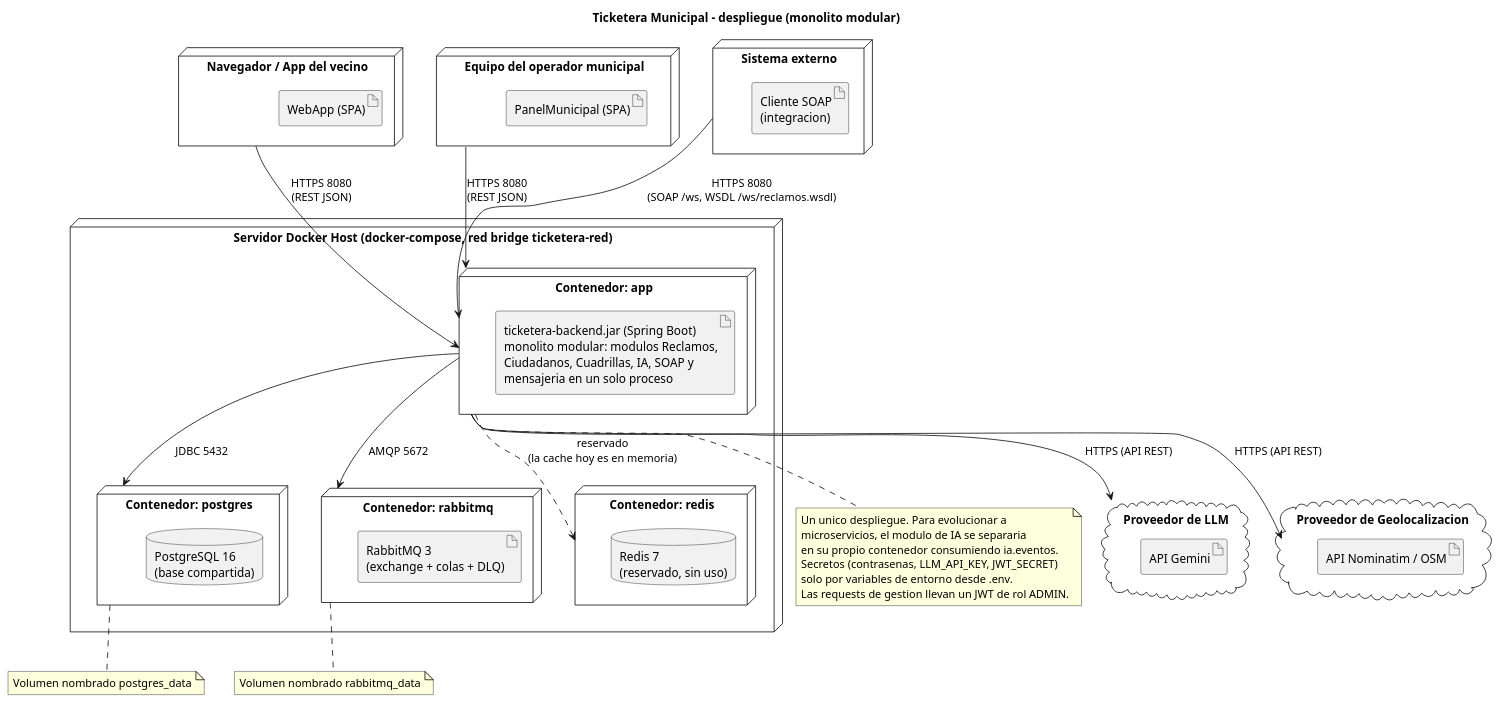
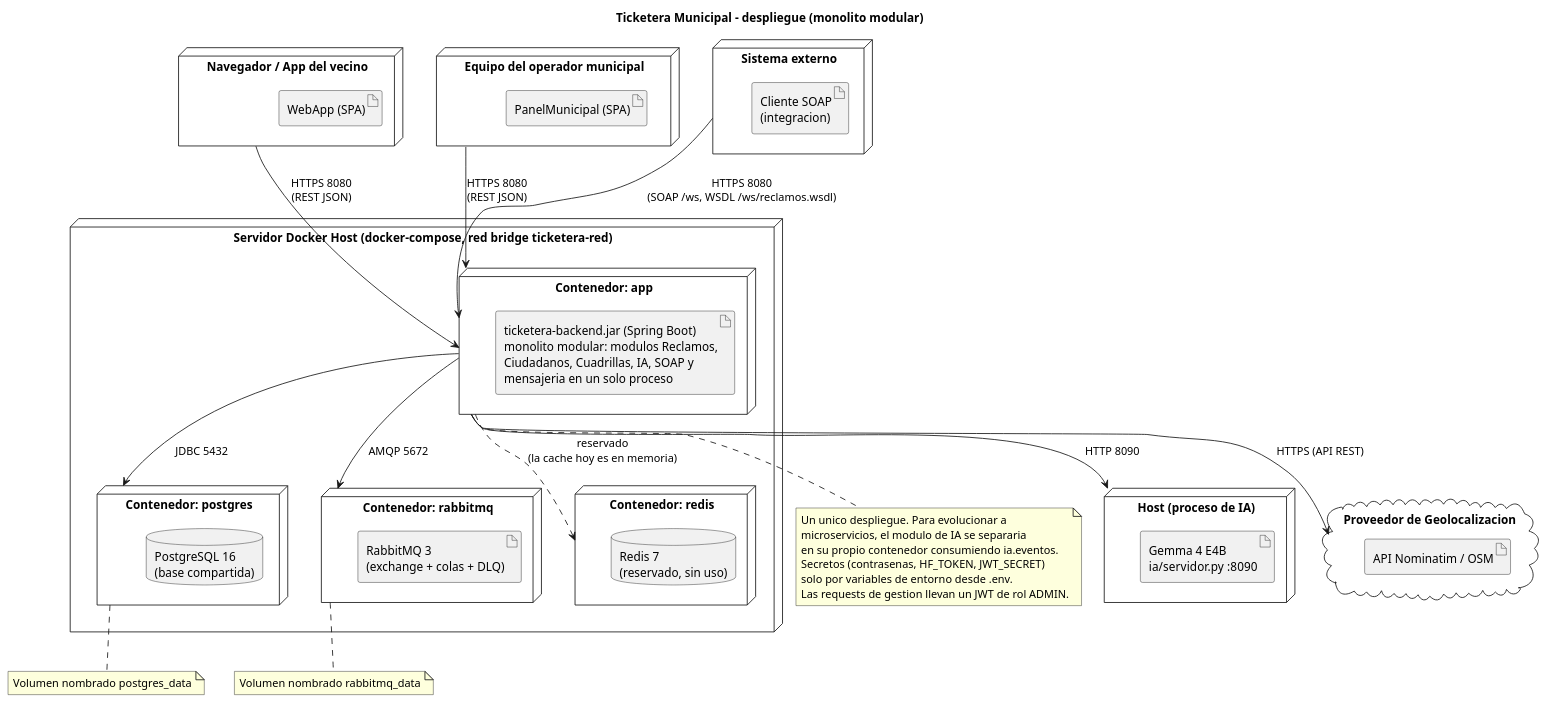
Before and after one commit to francolovera24/Backend-TicketeraMunicipal-DDA2: the diagram in docs/05_diagrama_despliegue.puml, drawn with PlantUML. The commit also changed 35 other files, not shown here.

```diff
--- a/docs/05_diagrama_despliegue.puml
+++ b/docs/05_diagrama_despliegue.puml
@@ -1,69 +1,69 @@
 @startuml
 title Ticketera Municipal - despliegue (monolito modular)
 
 node "Navegador / App del vecino" as ClienteVecino {
     artifact "WebApp (SPA)" as artWebApp
 }
 
 node "Equipo del operador municipal" as ClienteMunicipal {
     artifact "PanelMunicipal (SPA)" as artPanel
 }
 
 node "Sistema externo" as ClienteSoap {
     artifact "Cliente SOAP\n(integracion)" as artSoap
 }
 
 node "Servidor Docker Host (docker-compose, red bridge ticketera-red)" as DockerHost {
 
     node "Contenedor: app" as AppContainer {
         artifact "ticketera-backend.jar (Spring Boot)\nmonolito modular: modulos Reclamos,\nCiudadanos, Cuadrillas, IA, SOAP y\nmensajeria en un solo proceso" as artApp
     }
 
     node "Contenedor: postgres" as PgContainer {
         database "PostgreSQL 16\n(base compartida)" as artDB
     }
 
     node "Contenedor: rabbitmq" as MqContainer {
         artifact "RabbitMQ 3\n(exchange + colas + DLQ)" as artMq
     }
 
     node "Contenedor: redis" as RedisContainer {
         database "Redis 7\n(reservado, sin uso)" as artRedis
     }
 }
 
-cloud "Proveedor de LLM" as NodoLLM {
-    artifact "API Gemini" as artLLM
+node "Host (proceso de IA)" as NodoLLM {
+    artifact "Gemma 4 E4B\nia/servidor.py :8090" as artLLM
 }
 
 cloud "Proveedor de Geolocalizacion" as NodoGeo {
     artifact "API Nominatim / OSM" as artGeo
 }
 
 note bottom of AppContainer
   Un unico despliegue. Para evolucionar a
   microservicios, el modulo de IA se separaria
   en su propio contenedor consumiendo ia.eventos.
-  Secretos (contrasenas, LLM_API_KEY, JWT_SECRET)
+  Secretos (contrasenas, HF_TOKEN, JWT_SECRET)
   solo por variables de entorno desde .env.
   Las requests de gestion llevan un JWT de rol ADMIN.
 end note
 
 note bottom of PgContainer
   Volumen nombrado postgres_data
 end note
 
 note bottom of MqContainer
   Volumen nombrado rabbitmq_data
 end note
 
 ClienteVecino --> AppContainer : HTTPS 8080\n(REST JSON)
 ClienteMunicipal --> AppContainer : HTTPS 8080\n(REST JSON)
 ClienteSoap --> AppContainer : HTTPS 8080\n(SOAP /ws, WSDL /ws/reclamos.wsdl)
 
 AppContainer --> PgContainer : JDBC 5432
 AppContainer --> MqContainer : AMQP 5672
 AppContainer ..> RedisContainer : reservado\n(la cache hoy es en memoria)
-AppContainer --> NodoLLM : HTTPS (API REST)
+AppContainer --> NodoLLM : HTTP 8090
 AppContainer --> NodoGeo : HTTPS (API REST)
 @enduml
```
